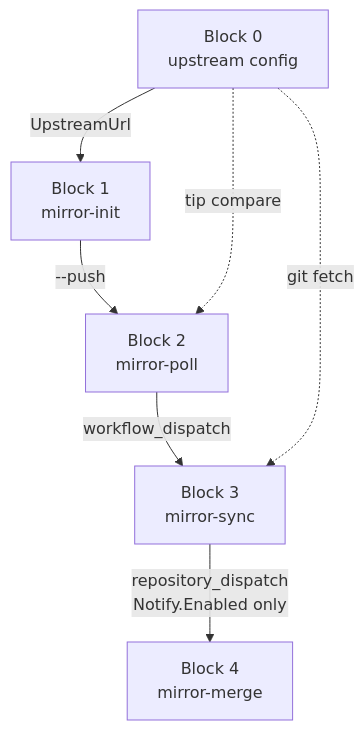
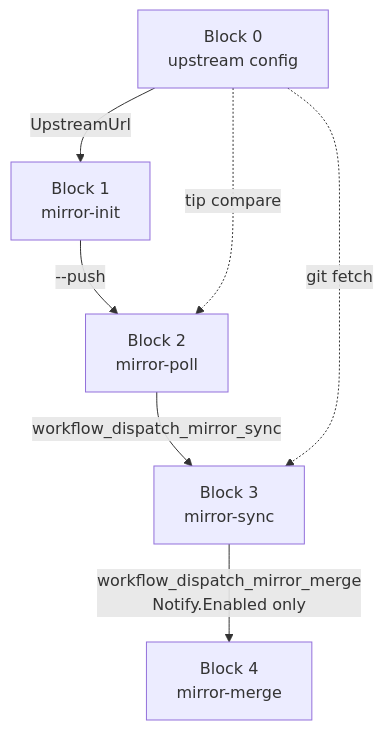
One commit to msys2-apiss/msys2-apiss-sync changed the diagram in docs/plan-workflow.md. Above: the diagram before and after it, drawn with Mermaid. The commit also changed other lines of this file and 3 other files, not shown here.

First line of the commit message:
update mirror workflow dispatch names

````diff
--- a/docs/plan-workflow.md
+++ b/docs/plan-workflow.md
@@ -78,16 +78,16 @@
 ```mermaid
 flowchart TB
   B0["Block 0\nupstream config"]
   B1["Block 1\nmirror-init"]
   B2["Block 2\nmirror-poll"]
   B3["Block 3\nmirror-sync"]
   B4["Block 4\nmirror-merge"]
 
   B0 -->|UpstreamUrl| B1
   B1 -->|--push| B2
-  B2 -->|workflow_dispatch| B3
-  B3 -->|repository_dispatch\nNotify.Enabled only| B4
+  B2 -->|workflow_dispatch_mirror_sync| B3
+  B3 -->|workflow_dispatch_mirror_merge\nNotify.Enabled only| B4
 
   B0 -.->|tip compare| B2
   B0 -.->|git fetch| B3
 ```
````
